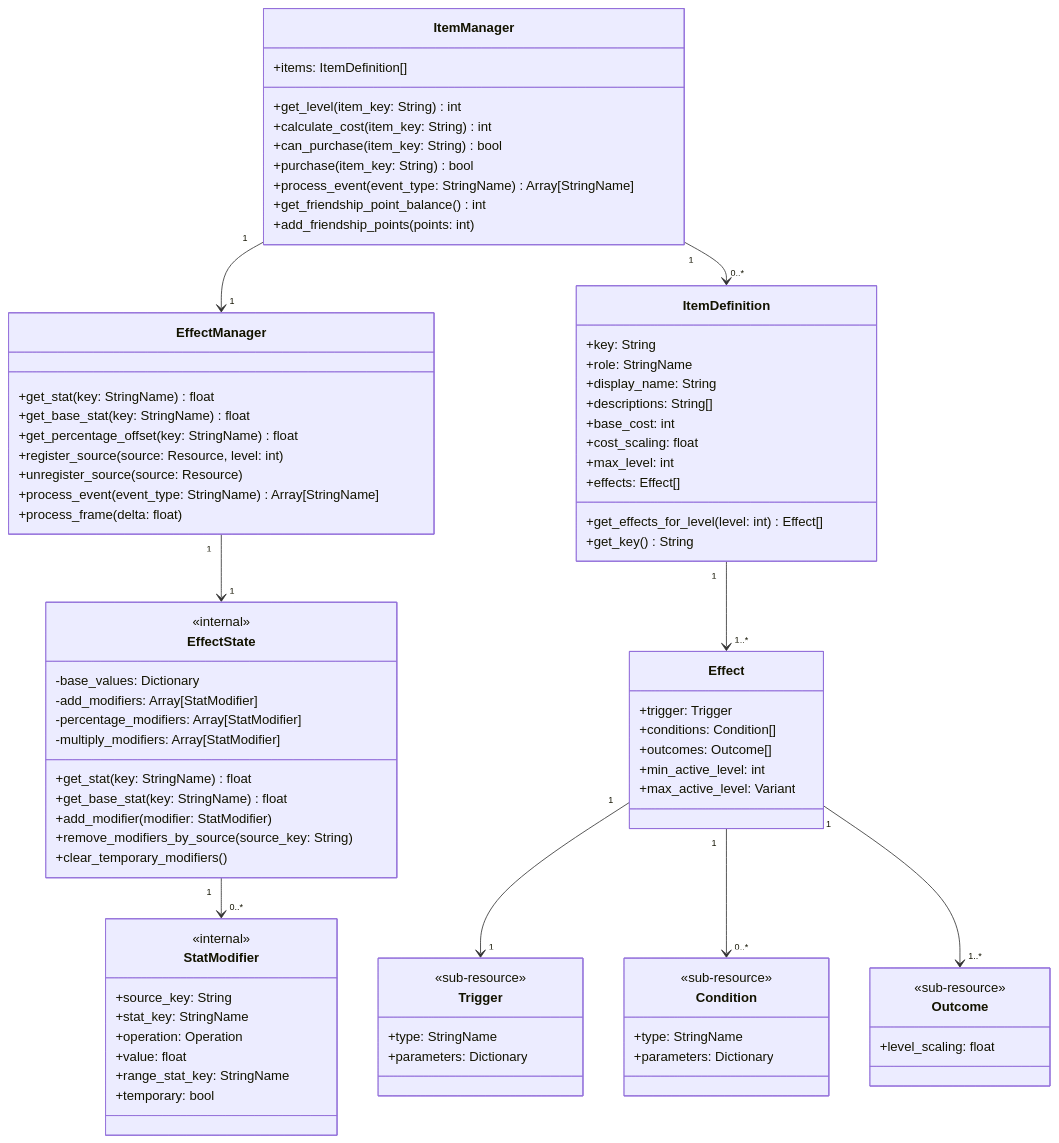
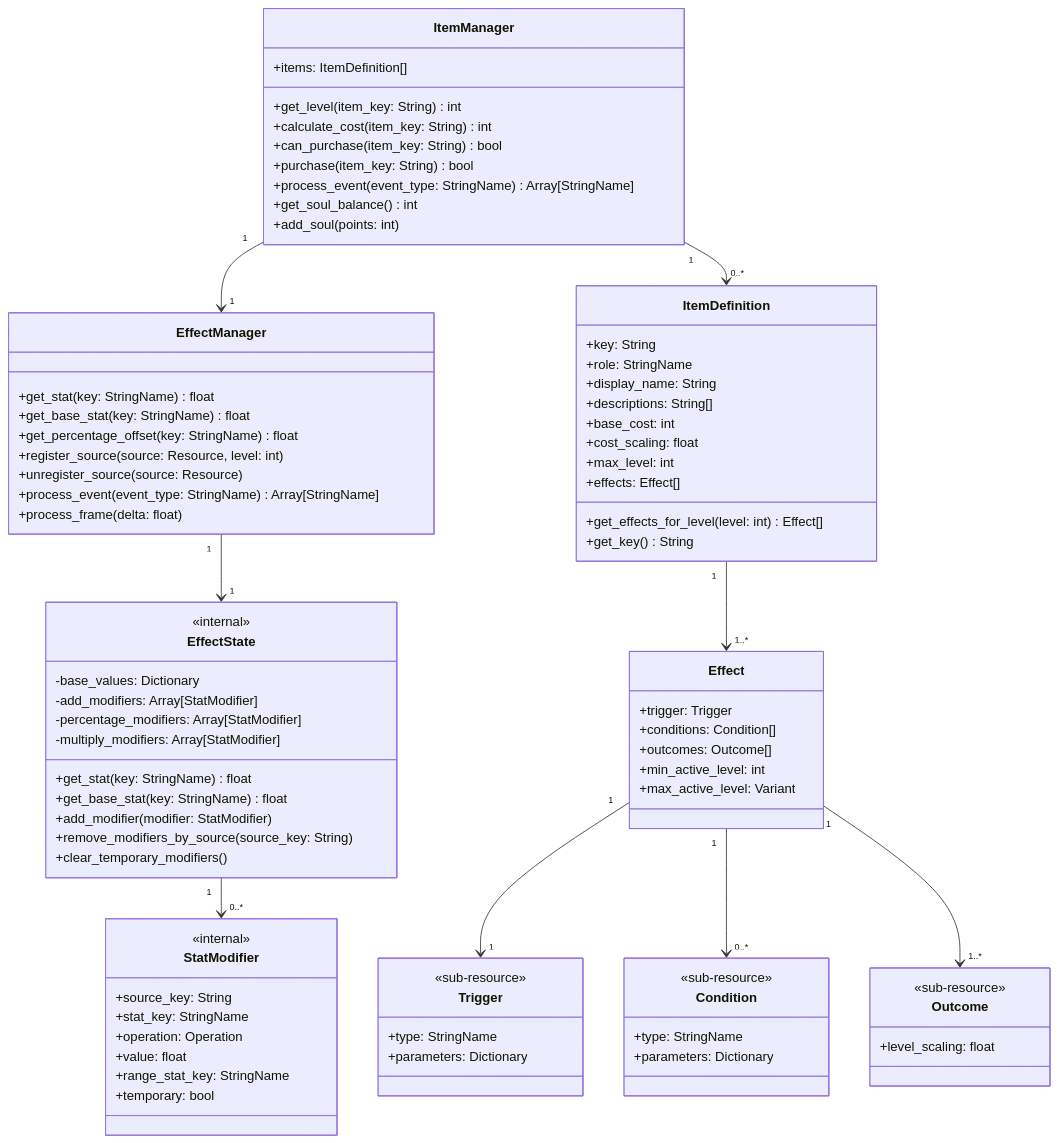
Before and after one commit to shuck-dev/volley: the first of 3 diagrams in designs/effect-system/README.md, drawn with Mermaid. The commit also changed 84 other files, not shown here.

First line of the commit message:
refactor: rename friendship to soul across scripts, scenes, tests, and docs

```diff
--- a/designs/effect-system/README.md
+++ b/designs/effect-system/README.md
@@ -51,8 +51,8 @@
         +can_purchase(item_key: String) bool
         +purchase(item_key: String) bool
         +process_event(event_type: StringName) Array[StringName]
-        +get_friendship_point_balance() int
-        +add_friendship_points(points: int)
+        +get_soul_balance() int
+        +add_soul(points: int)
     }
 
     class EffectManager {
```
